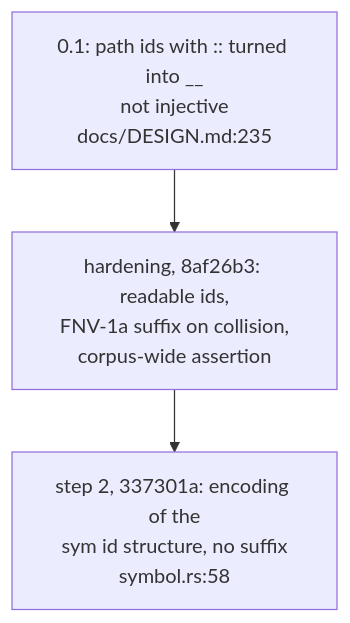
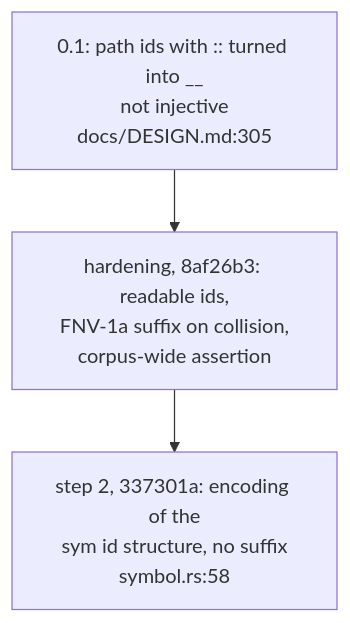
Before and after one commit to DreamLab-AI/VisionFlow: the fifth of 5 diagrams in docs/diagrams/sealmap/11-injective-diagram-ids.md, drawn with Mermaid. The commit also changed other lines of this file and 59 other files, not shown here.

First line of the commit message:
docs(diagrams): re-derive and re-stamp forum, website, pod, ontomark and sealmap topics

````diff
--- a/docs/diagrams/sealmap/11-injective-diagram-ids.md
+++ b/docs/diagrams/sealmap/11-injective-diagram-ids.md
@@ -168,7 +169,7 @@
 ```mermaid
 flowchart TB
-    V1["0.1: path ids with :: turned into __<br/>not injective<br/>docs/DESIGN.md:235"]
+    V1["0.1: path ids with :: turned into __<br/>not injective<br/>docs/DESIGN.md:305"]
     V2["hardening, 8af26b3: readable ids,<br/>FNV-1a suffix on collision,<br/>corpus-wide assertion"]
     V3["step 2, 337301a: encoding of the<br/>sym id structure, no suffix<br/>symbol.rs:58"]
     V1 --> V2 --> V3
 ```
````
